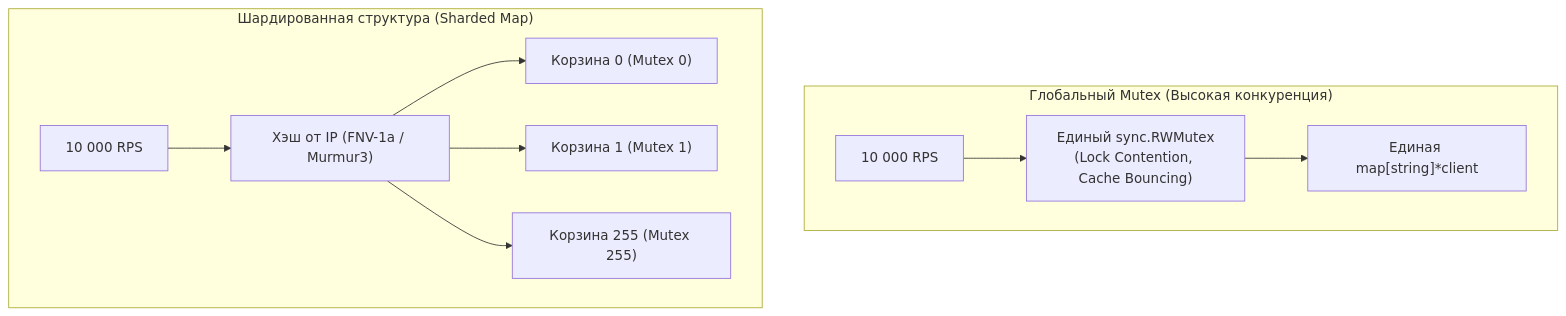
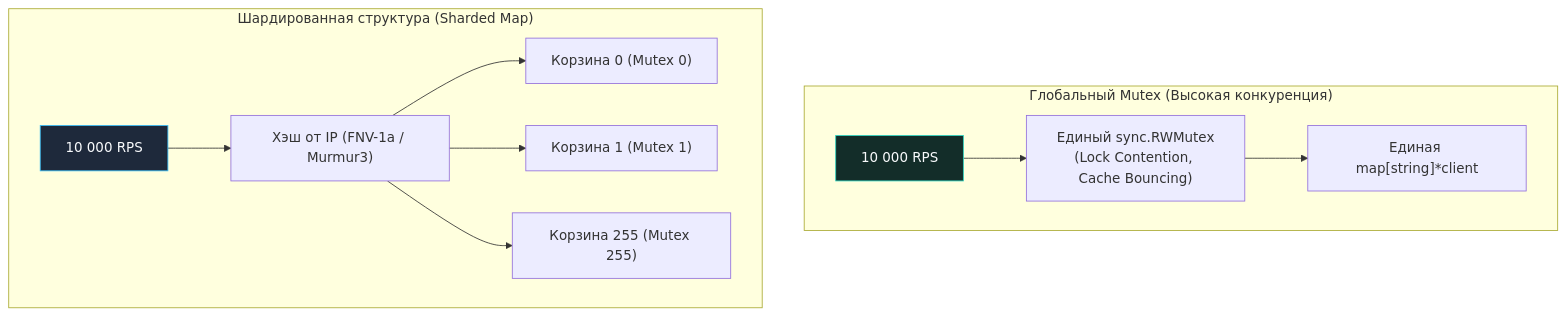
The third of 4 diagrams in sources/14. Распределенные системы на Go/06. Сеть/6. Rate limiting.md (UnrealTemplier/go-textbook), drawn with Mermaid before and after one commit. The commit also changed other lines of this file and 1666 other files, not shown here.

First line of the commit message:
feat(mermaid): add semantic color classDef to 1369 colorless flowchart/graph diagrams

````diff
--- a/sources/14. Распределенные системы на Go/06. Сеть/6. Rate limiting.md
+++ b/sources/14. Распределенные системы на Go/06. Сеть/6. Rate limiting.md
@@ -169,14 +189,24 @@
 ```mermaid
 flowchart TD
+    classDef process  fill:#1e293b,stroke:#38bdf8,stroke-width:1px,color:#f8fafc
+    classDef success  fill:#064e3b,stroke:#34d399,stroke-width:1px,color:#f8fafc
+    classDef error    fill:#7f1d1d,stroke:#f87171,stroke-width:1px,color:#f8fafc
+    classDef warning  fill:#78350f,stroke:#fbbf24,stroke-width:1px,color:#f8fafc
+    classDef entry    fill:#1e3a5f,stroke:#38bdf8,stroke-width:2px,color:#f8fafc
+    classDef aux      fill:#334155,stroke:#64748b,stroke-width:1px,color:#f8fafc
+    classDef system   fill:#312e81,stroke:#a78bfa,stroke-width:1px,color:#f8fafc
+    classDef data     fill:#132d29,stroke:#2dd4bf,stroke-width:1px,color:#f8fafc
+    classDef network  fill:#881337,stroke:#fb7185,stroke-width:1px,color:#f8fafc
+    classDef accent   fill:#1e1b4b,stroke:#818cf8,stroke-width:1px,color:#f8fafc
     subgraph Single["Глобальный Mutex (Высокая конкуренция)"]
-        Reqs1["10 000 RPS"] --> Mutex["Единый sync.RWMutex<br>(Lock Contention, Cache Bouncing)"]
+        Reqs1["10 000 RPS"]:::data --> Mutex["Единый sync.RWMutex<br>(Lock Contention, Cache Bouncing)"]
         Mutex --> Map1["Единая map[string]*client"]
     end
 
     subgraph Sharded["Шардированная структура (Sharded Map)"]
-        Reqs2["10 000 RPS"] --> Hash["Хэш от IP (FNV-1a / Murmur3)"]
+        Reqs2["10 000 RPS"]:::process --> Hash["Хэш от IP (FNV-1a / Murmur3)"]
         Hash --> B0["Корзина 0 (Mutex 0)"]
         Hash --> B1["Корзина 1 (Mutex 1)"]
         Hash --> B255["Корзина 255 (Mutex 255)"]
     end
 ```
````
